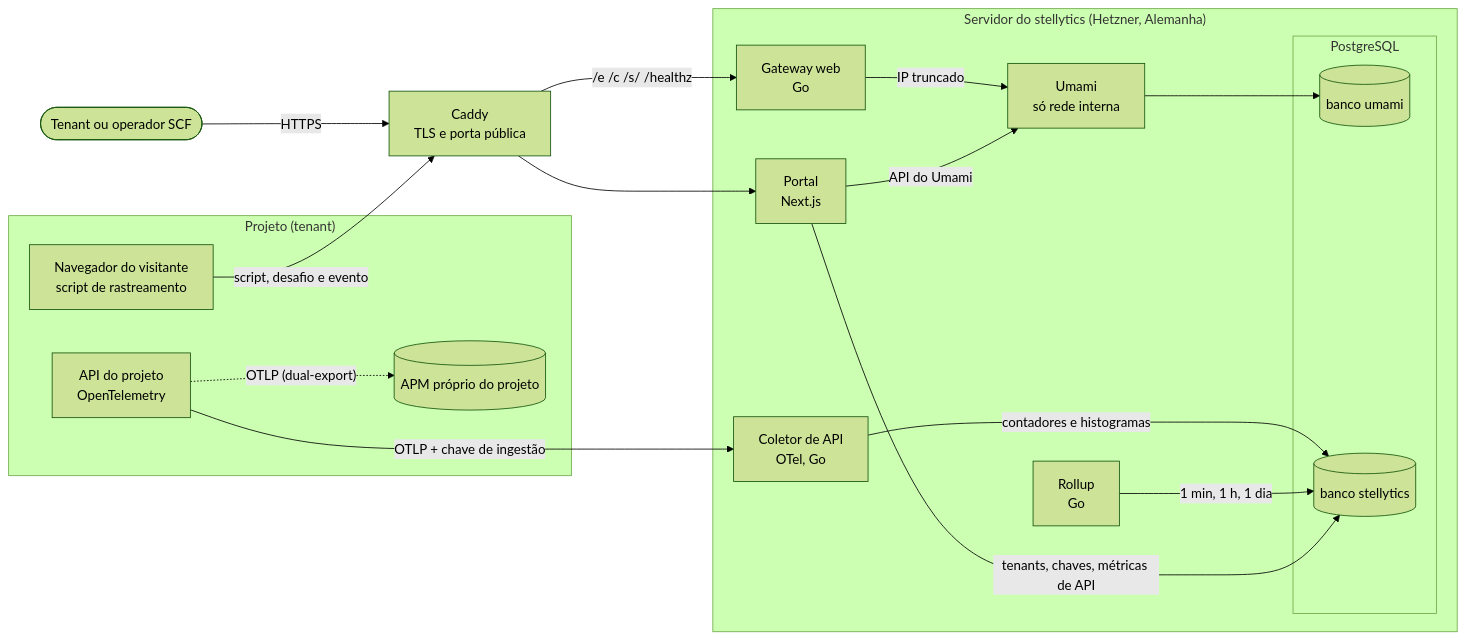
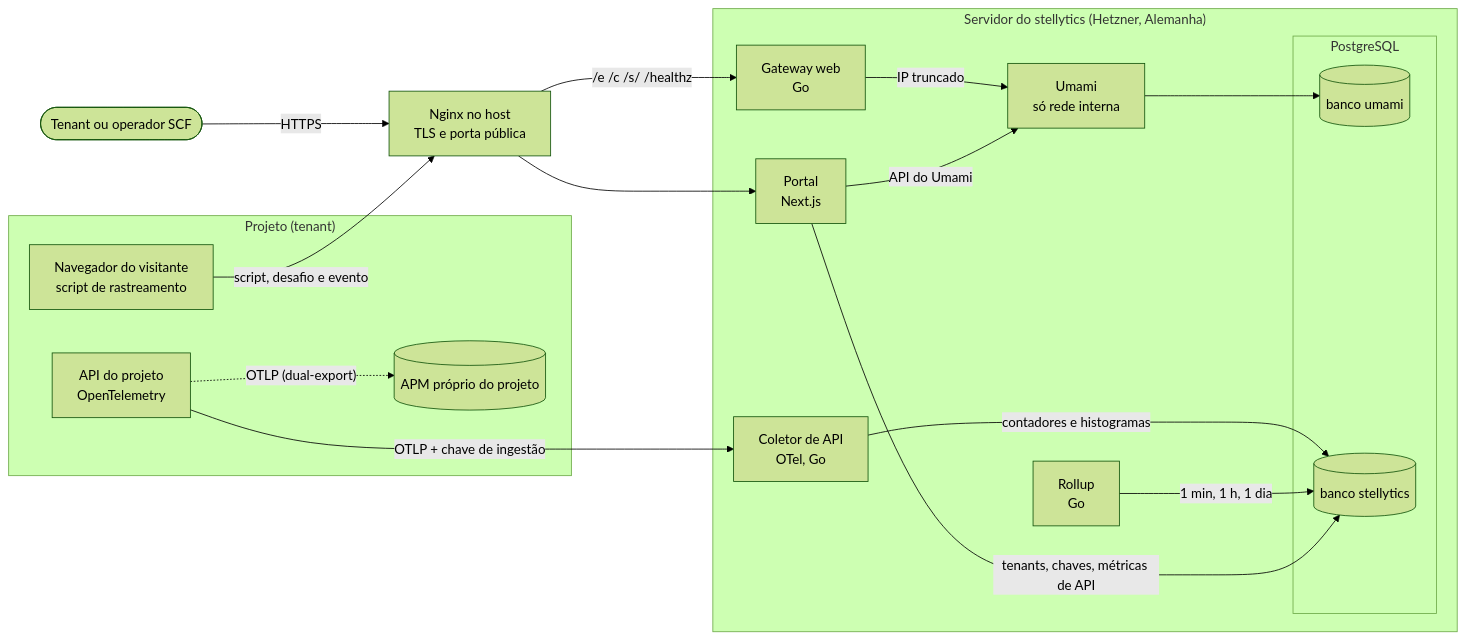
Before and after one commit to manucadev81/stellytics: the first of 3 diagrams in docs/arquitetura.md, drawn with Mermaid (forest theme). The commit also changed other lines of this file and 79 other files, not shown here.

Commit message:
feat(infra): move production proxy to host Nginx

````diff
--- a/docs/arquitetura.md
+++ b/docs/arquitetura.md
@@ -11,37 +11,37 @@
 ```mermaid
 flowchart LR
   subgraph tenant["Projeto (tenant)"]
     nav["Navegador do visitante<br/>script de rastreamento"]
     api["API do projeto<br/>OpenTelemetry"]
     apm[("APM próprio do projeto")]
   end
 
   pessoa(["Tenant ou operador SCF"])
 
-  caddy["Caddy<br/>TLS e porta pública"]
+  nginx["Nginx no host<br/>TLS e porta pública"]
 
   subgraph vm["Servidor do stellytics (Hetzner, Alemanha)"]
     portal["Portal<br/>Next.js"]
     gw["Gateway web<br/>Go"]
     umami["Umami<br/>só rede interna"]
     col["Coletor de API<br/>OTel, Go"]
     roll["Rollup<br/>Go"]
     subgraph pg["PostgreSQL"]
       dbu[("banco umami")]
       dbn[("banco stellytics")]
     end
   end
 
-  nav -->|"script, desafio e evento"| caddy
+  nav -->|"script, desafio e evento"| nginx
   api -->|"OTLP + chave de ingestão"| col
   api -.->|"OTLP (dual-export)"| apm
-  pessoa -->|"HTTPS"| caddy
-  caddy -->|"/e /c /s/ /healthz"| gw
-  caddy --> portal
+  pessoa -->|"HTTPS"| nginx
+  nginx -->|"/e /c /s/ /healthz"| gw
+  nginx --> portal
   gw -->|"IP truncado"| umami
   umami --> dbu
   col -->|"contadores e histogramas"| dbn
   roll -->|"1 min, 1 h, 1 dia"| dbn
   portal -->|"API do Umami"| umami
   portal -->|"tenants, chaves, métricas de API"| dbn
 ```
````
